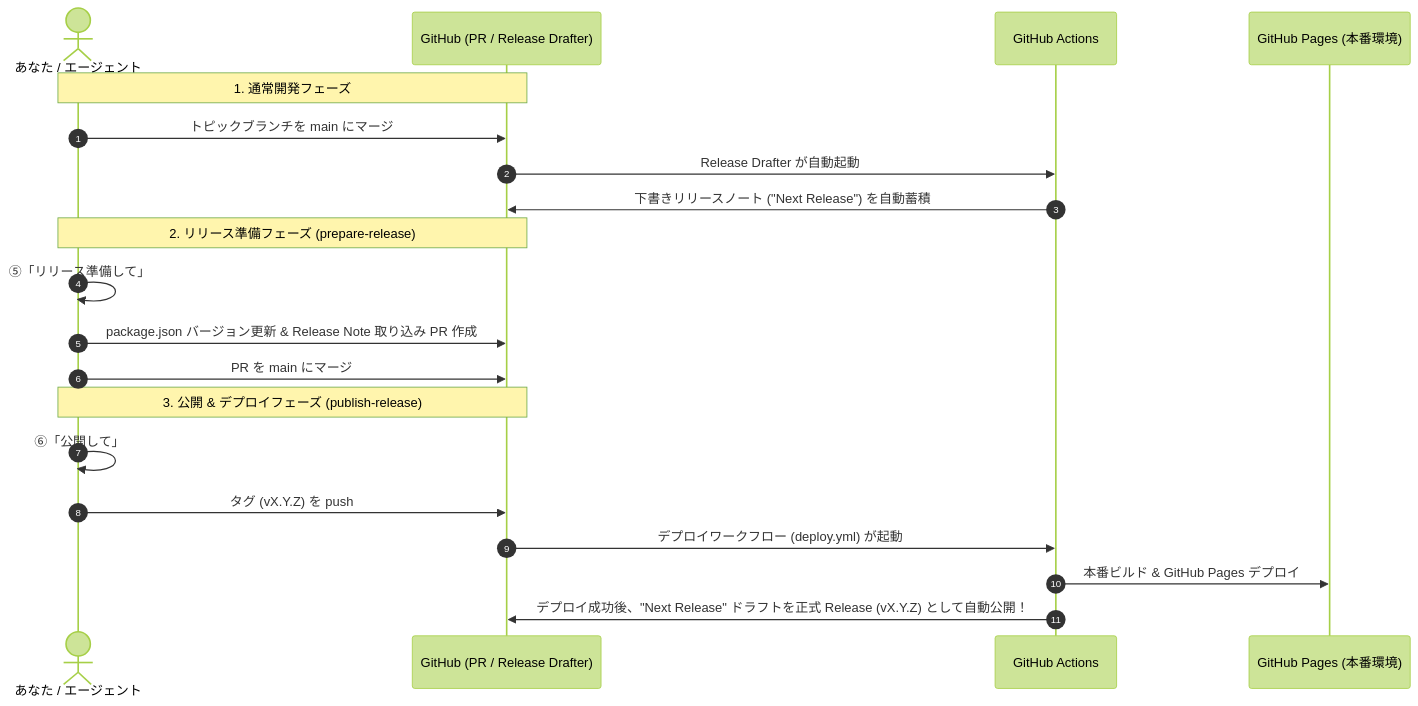
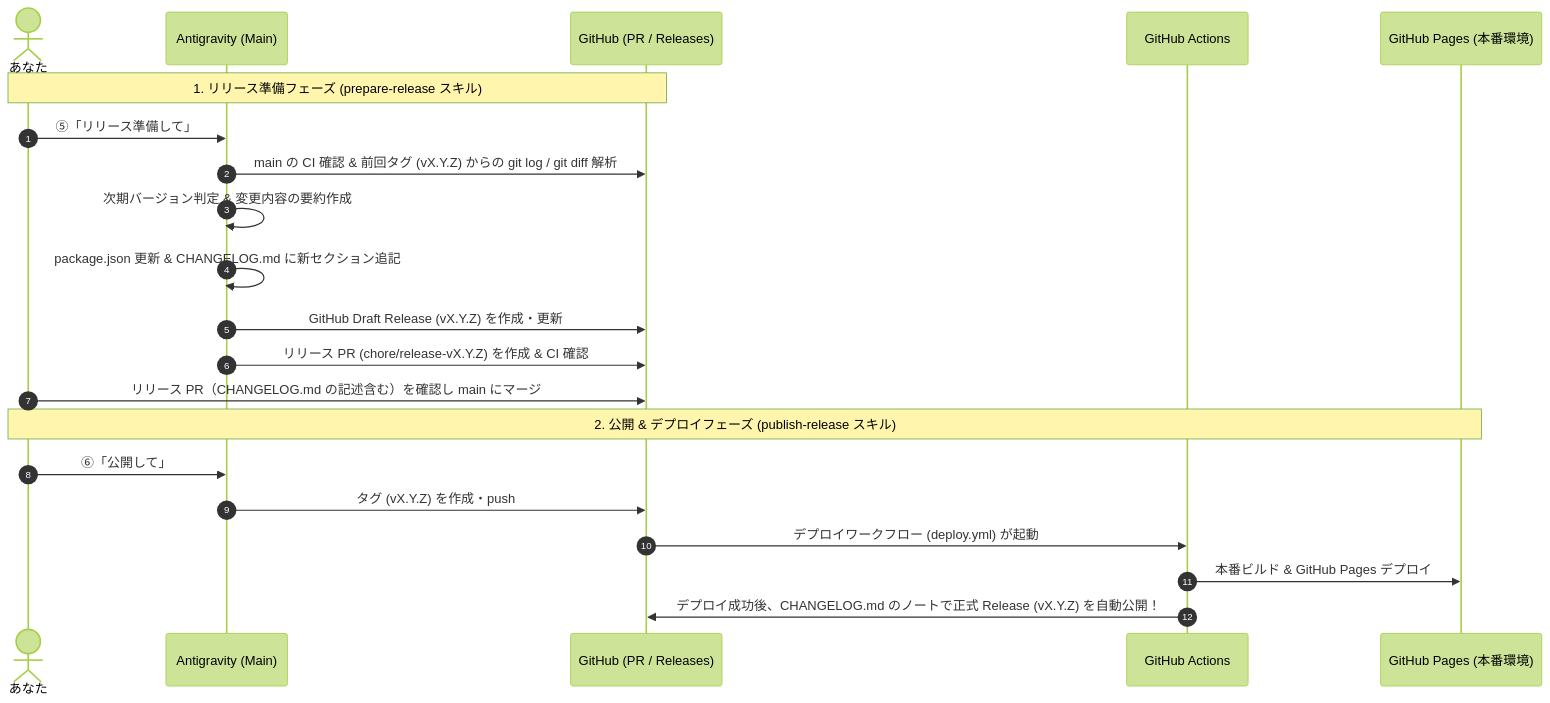
One commit to asabon/personal-dev-dashboard changed the second of 2 diagrams in docs/dev/release-flow.md. Above: the diagram before and after it, drawn with Mermaid (forest theme). The commit also changed other lines of this file and 9 other files, not shown here.

Commit message:
chore: Release Drafter を廃止し CHANGELOG.md とスキル主導のリリースノート生成に移行 (#64)

````diff
--- a/docs/dev/release-flow.md
+++ b/docs/dev/release-flow.md
@@ -115,25 +115,25 @@
 ```mermaid
 sequenceDiagram
     autonumber
-    actor Dev as あなた / エージェント
-    participant GH as GitHub (PR / Release Drafter)
+    actor Dev as あなた
+    participant Agent as Antigravity (Main)
+    participant GH as GitHub (PR / Releases)
     participant Action as GitHub Actions
     participant Pages as GitHub Pages (本番環境)
 
-    Note over Dev,GH: 1. 通常開発フェーズ
-    Dev->>GH: トピックブランチを main にマージ
-    GH->>Action: Release Drafter が自動起動
-    Action->>GH: 下書きリリースノート ("Next Release") を自動蓄積
+    Note over Dev,GH: 1. リリース準備フェーズ (prepare-release スキル)
+    Dev->>Agent: ⑤「リリース準備して」
+    Agent->>GH: main の CI 確認 & 前回タグ (vX.Y.Z) からの git log / git diff 解析
+    Agent->>Agent: 次期バージョン判定 & 変更内容の要約作成
+    Agent->>Agent: package.json 更新 & CHANGELOG.md に新セクション追記
+    Agent->>GH: GitHub Draft Release (vX.Y.Z) を作成・更新
+    Agent->>GH: リリース PR (chore/release-vX.Y.Z) を作成 & CI 確認
+    Dev->>GH: リリース PR（CHANGELOG.md の記述含む）を確認し main にマージ
 
-    Note over Dev,GH: 2. リリース準備フェーズ (prepare-release)
-    Dev->>Dev: ⑤「リリース準備して」
-    Dev->>GH: package.json バージョン更新 & Release Note 取り込み PR 作成
-    Dev->>GH: PR を main にマージ
-
-    Note over Dev,GH: 3. 公開 & デプロイフェーズ (publish-release)
-    Dev->>Dev: ⑥「公開して」
-    Dev->>GH: タグ (vX.Y.Z) を push
+    Note over Dev,Pages: 2. 公開 & デプロイフェーズ (publish-release スキル)
+    Dev->>Agent: ⑥「公開して」
+    Agent->>GH: タグ (vX.Y.Z) を作成・push
     GH->>Action: デプロイワークフロー (deploy.yml) が起動
     Action->>Pages: 本番ビルド & GitHub Pages デプロイ
-    Action->>GH: デプロイ成功後、"Next Release" ドラフトを正式 Release (vX.Y.Z) として自動公開！
+    Action->>GH: デプロイ成功後、CHANGELOG.md のノートで正式 Release (vX.Y.Z) を自動公開！
 ```
````
